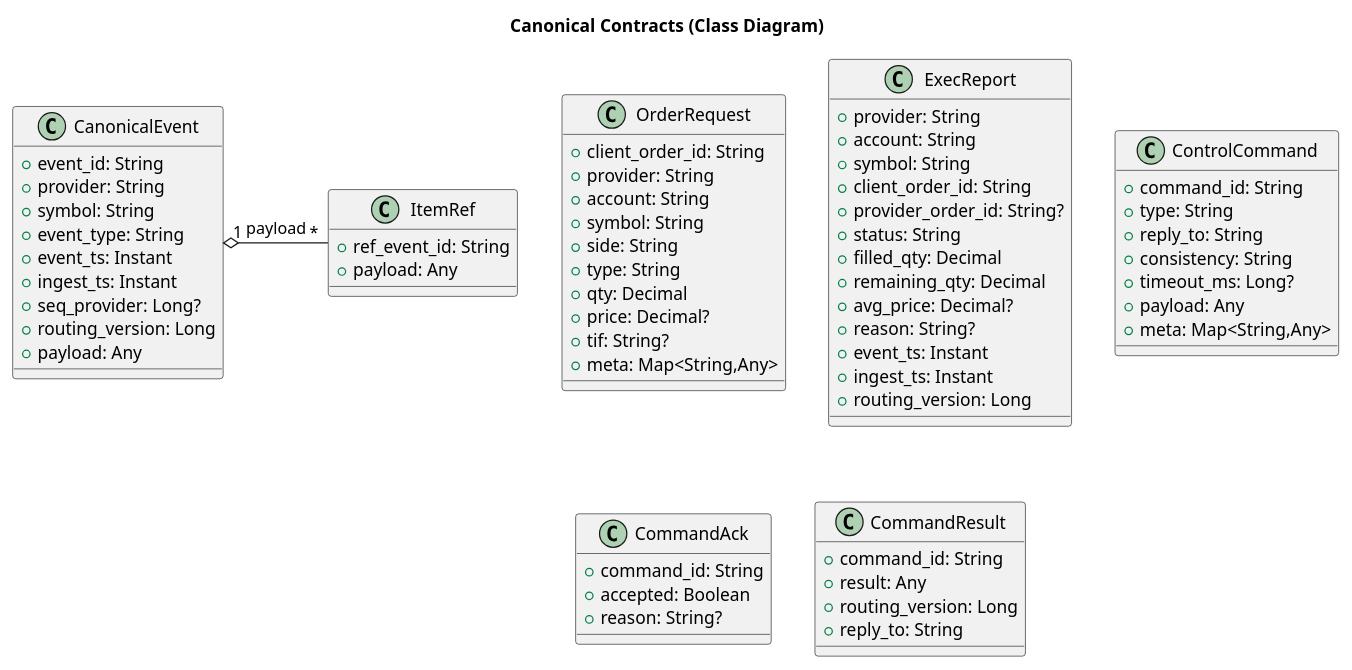
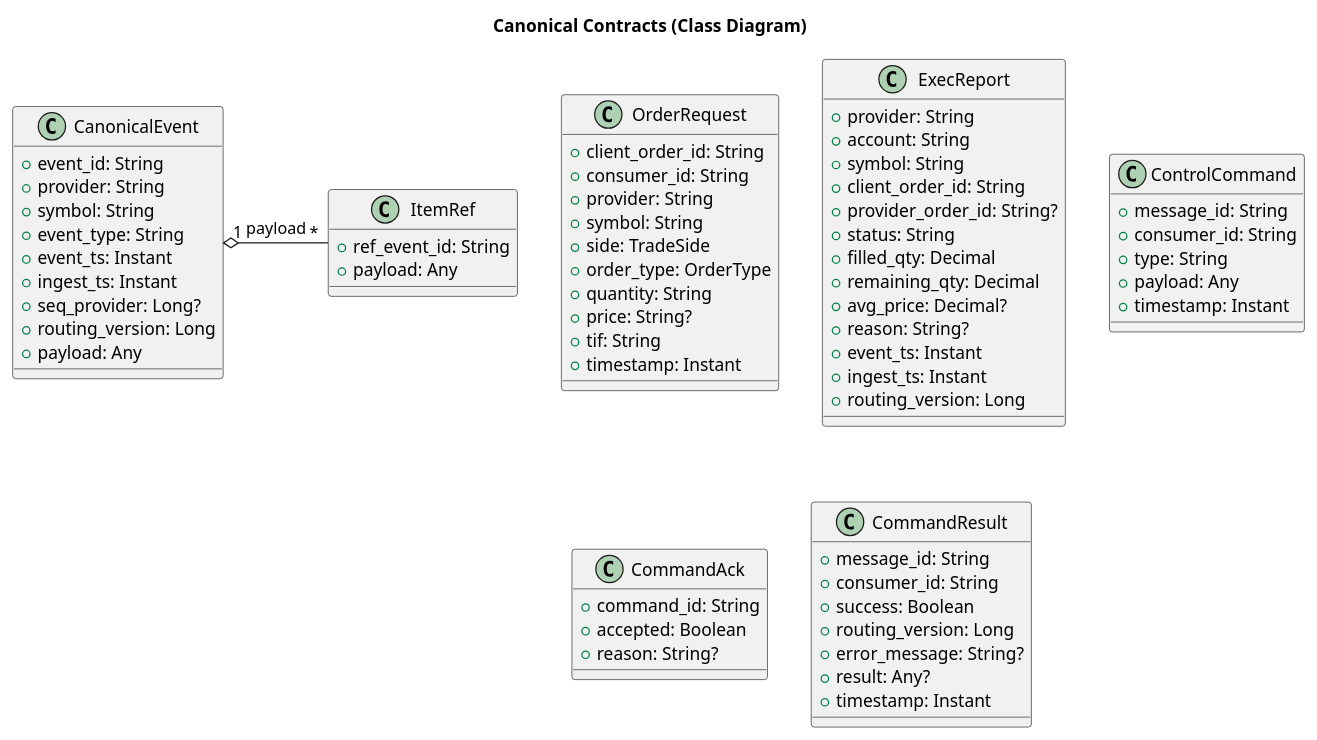
Before and after one commit to coachpo/meltica: the diagram in docs/diagrams/canonical-events-class.puml, drawn with PlantUML. The commit also changed 81 other files, not shown here.

```diff
--- a/docs/diagrams/canonical-events-class.puml
+++ b/docs/diagrams/canonical-events-class.puml
@@ -1,74 +1,75 @@
 @startuml
 title Canonical Contracts (Class Diagram)
 
 class CanonicalEvent {
   +event_id: String
   +provider: String
   +symbol: String
   +event_type: String
   +event_ts: Instant
   +ingest_ts: Instant
   +seq_provider: Long?
   +routing_version: Long
   +payload: Any
 }
 
 class ItemRef { 
   +ref_event_id: String
   +payload: Any 
 }
 
 class OrderRequest {
   +client_order_id: String
+  +consumer_id: String
   +provider: String
-  +account: String
   +symbol: String
-  +side: String
-  +type: String
-  +qty: Decimal
-  +price: Decimal?
-  +tif: String?
-  +meta: Map<String,Any>
+  +side: TradeSide
+  +order_type: OrderType
+  +quantity: String
+  +price: String?
+  +tif: String
+  +timestamp: Instant
 }
 
 class ExecReport {
   +provider: String
   +account: String
   +symbol: String
   +client_order_id: String
   +provider_order_id: String?
   +status: String
   +filled_qty: Decimal
   +remaining_qty: Decimal
   +avg_price: Decimal?
   +reason: String?
   +event_ts: Instant
   +ingest_ts: Instant
   +routing_version: Long
 }
 
 class ControlCommand {
-  +command_id: String
+  +message_id: String
+  +consumer_id: String
   +type: String
-  +reply_to: String
-  +consistency: String
-  +timeout_ms: Long?
   +payload: Any
-  +meta: Map<String,Any>
+  +timestamp: Instant
 }
 
 class CommandAck {
   +command_id: String
   +accepted: Boolean
   +reason: String?
 }
 
 class CommandResult {
-  +command_id: String
-  +result: Any
+  +message_id: String
+  +consumer_id: String
+  +success: Boolean
   +routing_version: Long
-  +reply_to: String
+  +error_message: String?
+  +result: Any?
+  +timestamp: Instant
 }
 
 CanonicalEvent "1" o- "*" ItemRef : payload
 @enduml
```
